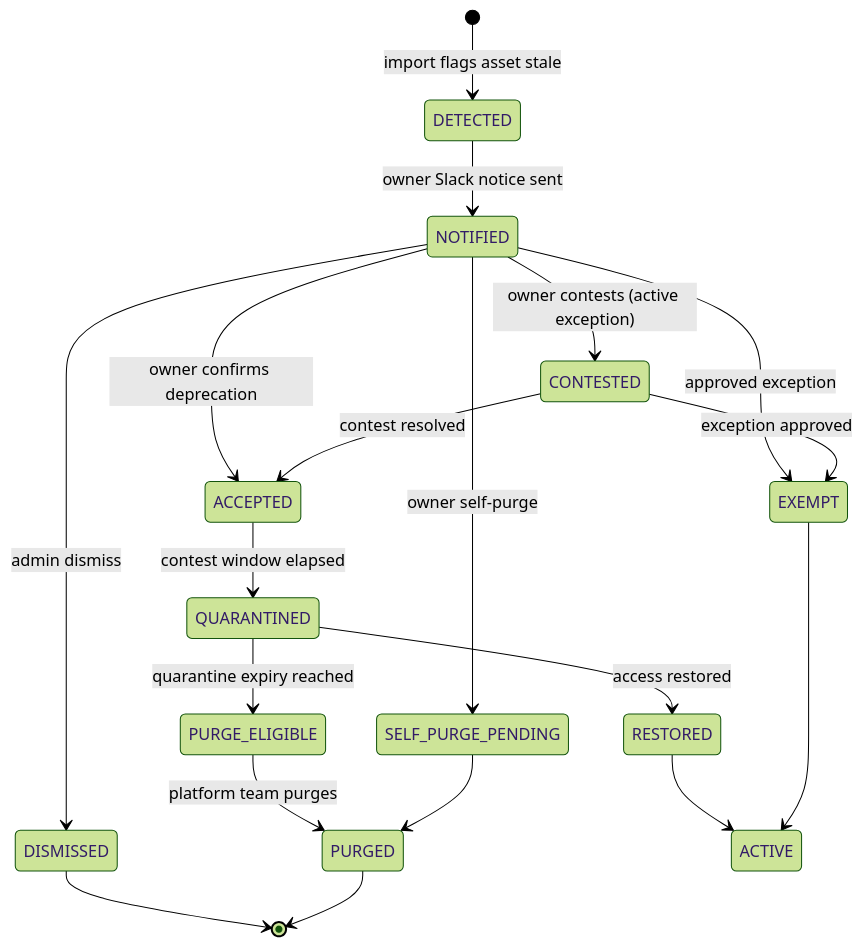
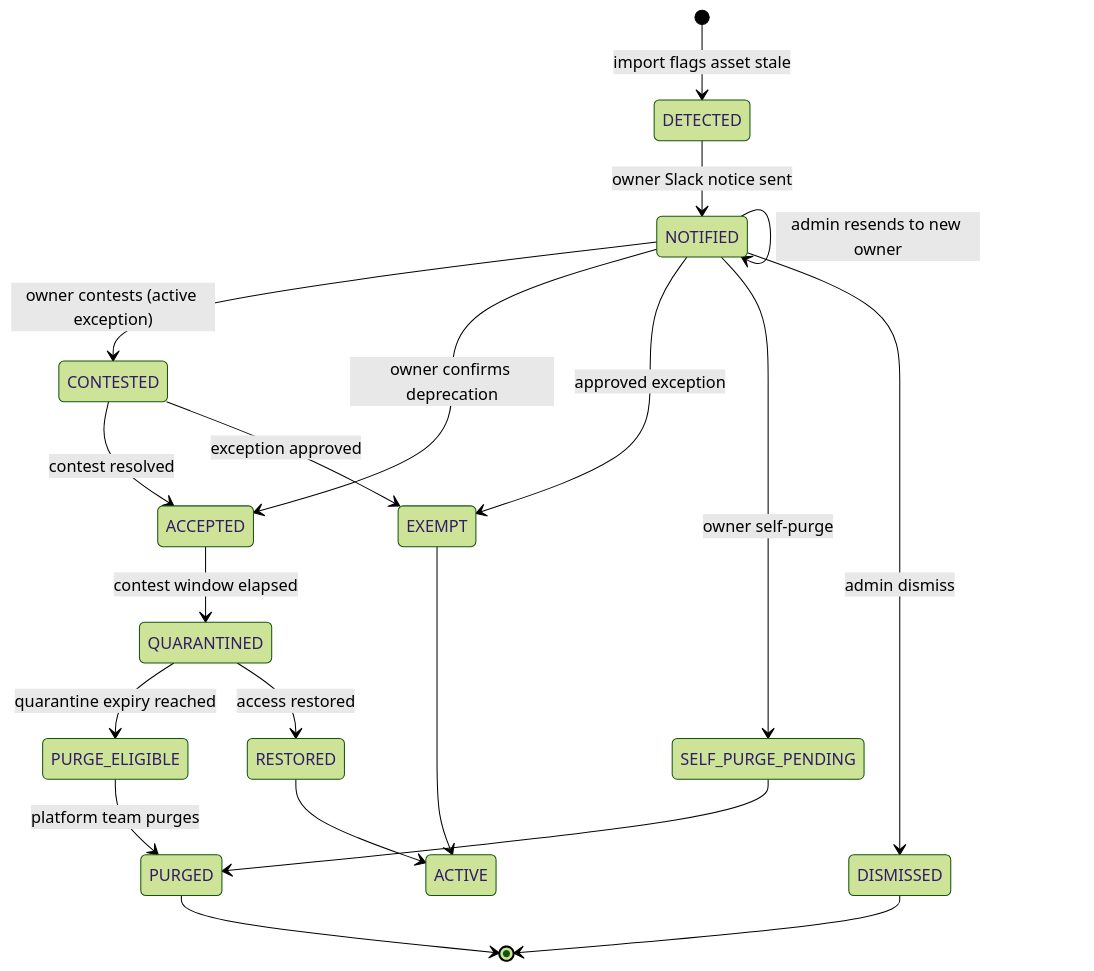
One commit to mdouty/stale-data-monitoring changed the fourth of 6 diagrams in docs/DESIGN.md. Above: the diagram before and after it, drawn with Mermaid (forest theme). The commit also changed other lines of this file and 10 other files, not shown here.

First line of the commit message:
feat: add owner-change resend feature for NOTIFIED assets

````diff
--- a/docs/DESIGN.md
+++ b/docs/DESIGN.md
@@ -191,21 +201,22 @@
 ```mermaid
 stateDiagram-v2
     [*] --> DETECTED: import flags asset stale
     DETECTED --> NOTIFIED: owner Slack notice sent
     NOTIFIED --> CONTESTED: owner contests (active exception)
     NOTIFIED --> ACCEPTED: owner confirms deprecation
     NOTIFIED --> EXEMPT: approved exception
     NOTIFIED --> SELF_PURGE_PENDING: owner self-purge
     NOTIFIED --> DISMISSED: admin dismiss
+    NOTIFIED --> NOTIFIED: admin resends to new owner
     CONTESTED --> ACCEPTED: contest resolved
     CONTESTED --> EXEMPT: exception approved
     ACCEPTED --> QUARANTINED: contest window elapsed
     QUARANTINED --> PURGE_ELIGIBLE: quarantine expiry reached
     QUARANTINED --> RESTORED: access restored
     PURGE_ELIGIBLE --> PURGED: platform team purges
     SELF_PURGE_PENDING --> PURGED
     RESTORED --> ACTIVE
     EXEMPT --> ACTIVE
     DISMISSED --> [*]
     PURGED --> [*]
 ```
````
